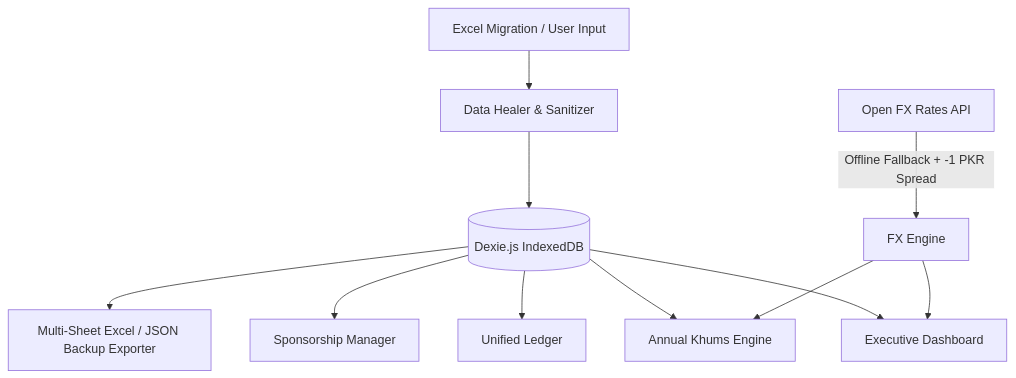
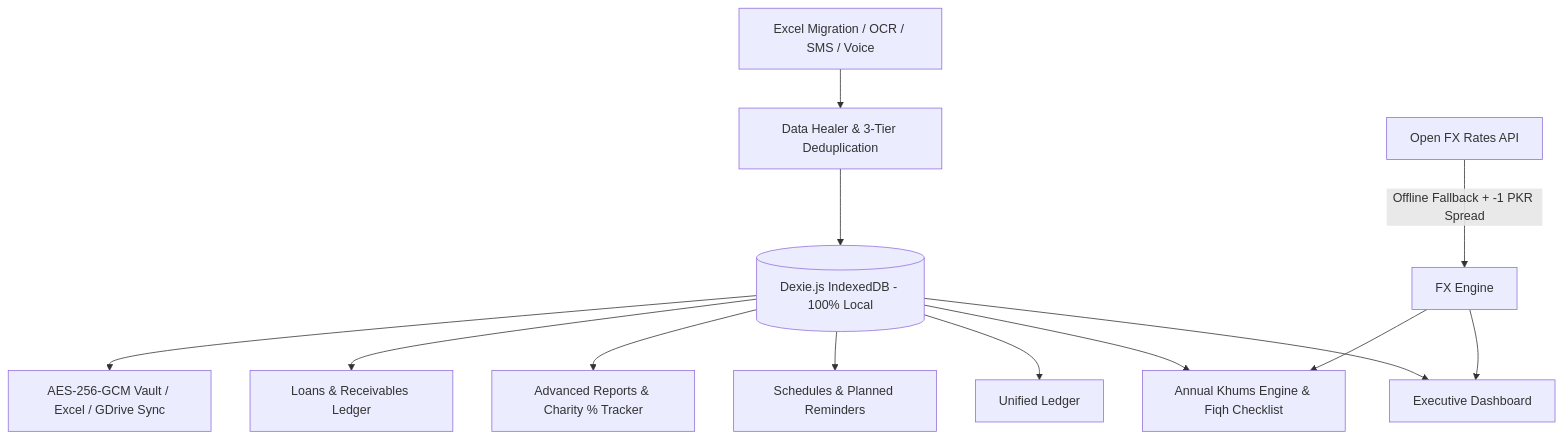
One commit to itsjohn9-cell/SadaHisab changed the diagram in README.md. Above: the diagram before and after it, drawn with Mermaid. The commit also changed other lines of this file and 23 other files, not shown here.

Commit message:
feat: complete Phase 4 - Multimodal OCR/PDF scanner, voice logger, 3-tier anti-duplication, planned reminders, advanced reports, charity % tracker, loans ledger & Google Drive sync

````diff
--- a/README.md
+++ b/README.md
@@ -24,13 +52,15 @@
 ```mermaid
 graph TD
-    A[Excel Migration / User Input] --> B[Data Healer & Sanitizer]
-    B --> C[(Dexie.js IndexedDB)]
+    A[Excel Migration / OCR / SMS / Voice] --> B[Data Healer & 3-Tier Deduplication]
+    B --> C[(Dexie.js IndexedDB - 100% Local)]
     C --> D[Executive Dashboard]
     C --> E[Unified Ledger]
-    C --> F[Annual Khums Engine]
-    C --> G[Sponsorship Manager]
-    H[Open FX Rates API] -->|Offline Fallback + -1 PKR Spread| I[FX Engine]
-    I --> D
-    I --> F
-    C --> J[Multi-Sheet Excel / JSON Backup Exporter]
+    C --> F[Annual Khums Engine & Fiqh Checklist]
+    C --> G[Schedules & Planned Reminders]
+    C --> H[Advanced Reports & Charity % Tracker]
+    C --> I[Loans & Receivables Ledger]
+    J[Open FX Rates API] -->|Offline Fallback + -1 PKR Spread| K[FX Engine]
+    K --> D
+    K --> F
+    C --> L[AES-256-GCM Vault / Excel / GDrive Sync]
 ```
````
